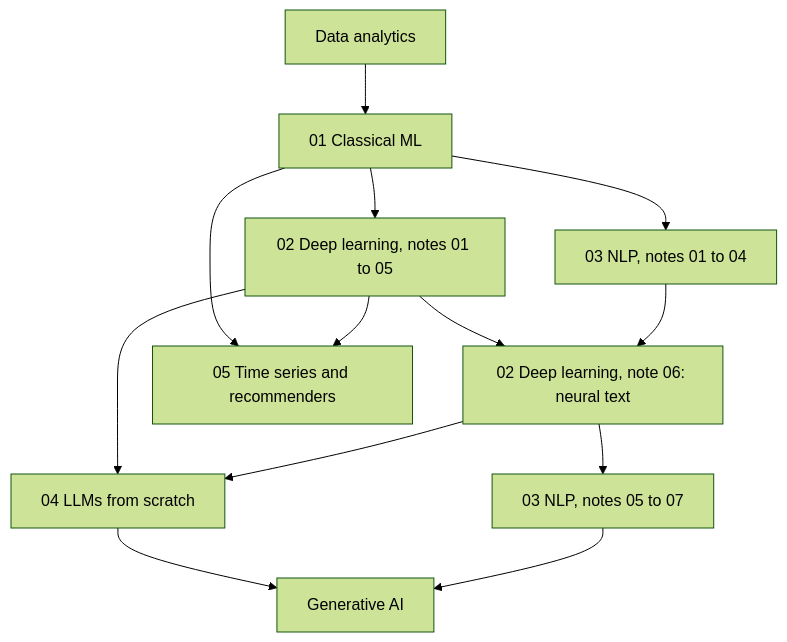
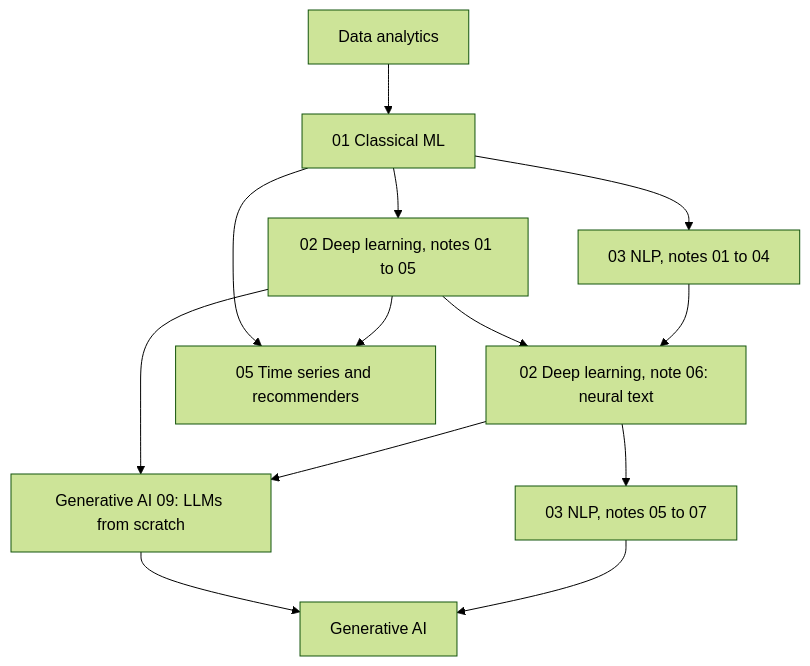
One commit to ramseywise/learn-ai-engineering changed the diagram in data-science/CURRICULUM.md. Above: the diagram before and after it, drawn with Mermaid (forest theme). The commit also changed other lines of this file and 54 other files, not shown here.

````diff
--- a/data-science/CURRICULUM.md
+++ b/data-science/CURRICULUM.md
@@ -15,15 +15,15 @@
 ```mermaid
 flowchart TD
     DA[Data analytics] --> C["01 Classical ML"]
     C --> D["02 Deep learning, notes 01 to 05"]
     C --> N["03 NLP, notes 01 to 04"]
     D --> T["02 Deep learning, note 06: neural text"]
     N --> T
     T --> N2["03 NLP, notes 05 to 07"]
-    D --> L["04 LLMs from scratch"]
+    D --> L["Generative AI 09: LLMs from scratch"]
     T --> L
     C --> R["05 Time series and recommenders"]
     D --> R
     L --> G[Generative AI]
     N2 --> G
 ```
````
